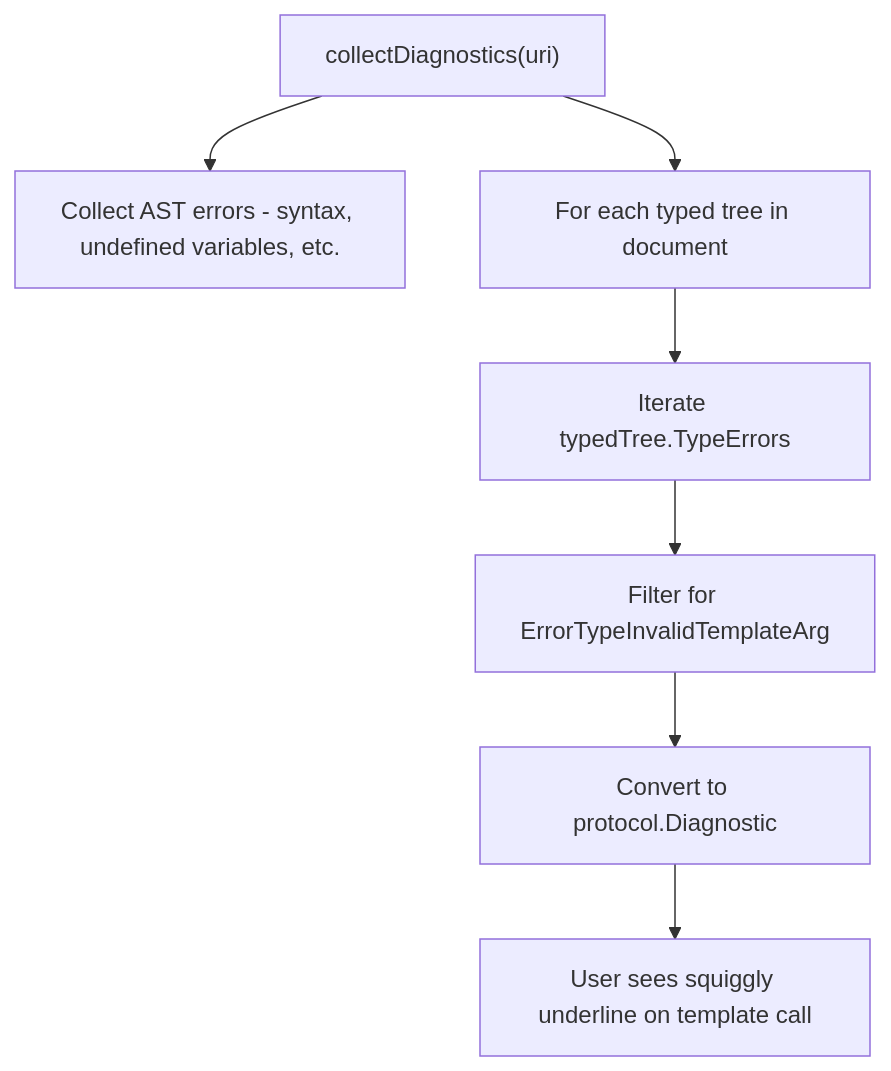
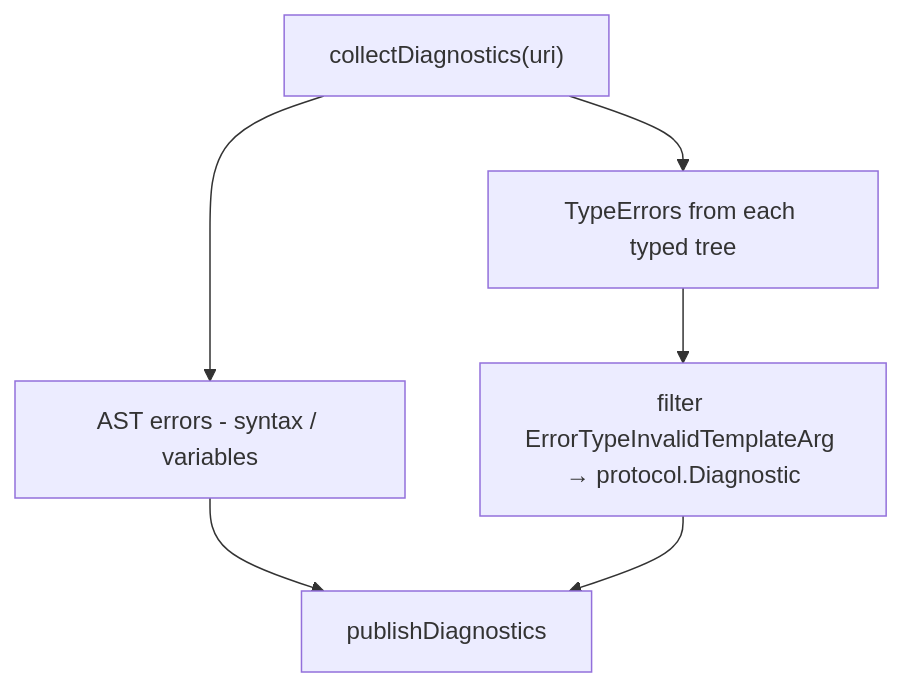
One commit to allseas/go-template-lsp changed the second of 2 diagrams in docs/features/template_checking.md. Above: the diagram before and after it, drawn with Mermaid. The commit also changed other lines of this file and 6 other files, not shown here.

Commit message:
docs: simplified the flowcharts

````diff
--- a/docs/features/template_checking.md
+++ b/docs/features/template_checking.md
@@ -46,9 +42,7 @@
 ```mermaid
 flowchart TD
-    A["collectDiagnostics(uri)"] --> B["Collect AST errors - syntax, undefined variables, etc."]
-    A --> C[For each typed tree in document]
-    C --> D["Iterate typedTree.TypeErrors"]
-    D --> E[Filter for ErrorTypeInvalidTemplateArg]
-    E --> F[Convert to protocol.Diagnostic]
-    F --> G["User sees squiggly underline on template call"]
+    A["collectDiagnostics(uri)"] --> B[AST errors - syntax / variables]
+    A --> C["TypeErrors from each typed tree"]
+    C --> D[filter ErrorTypeInvalidTemplateArg → protocol.Diagnostic]
+    B & D --> E[publishDiagnostics]
 ```
````
